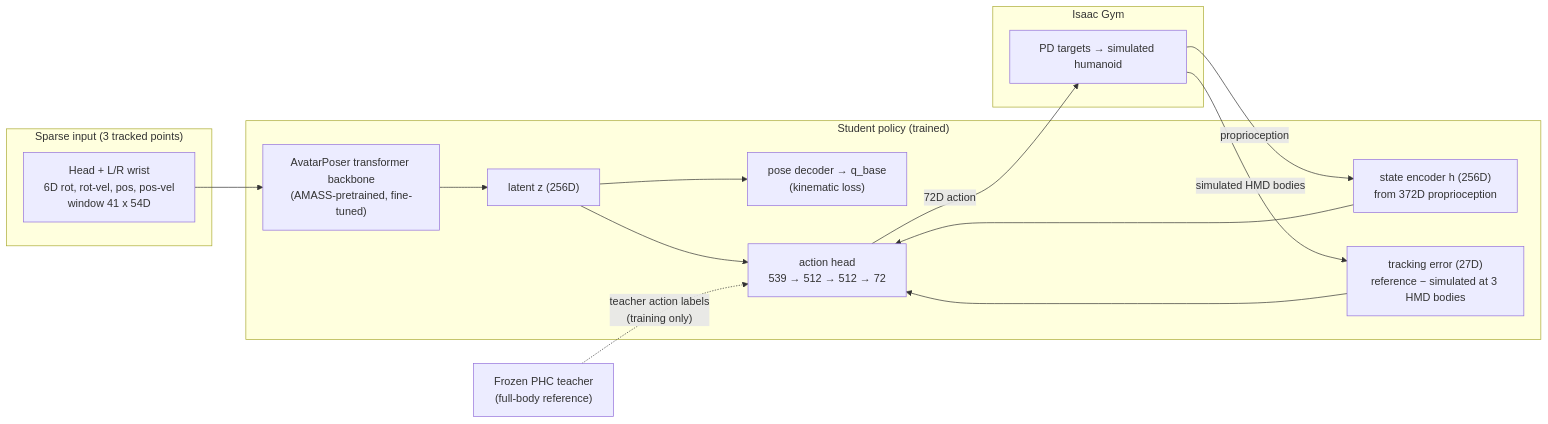
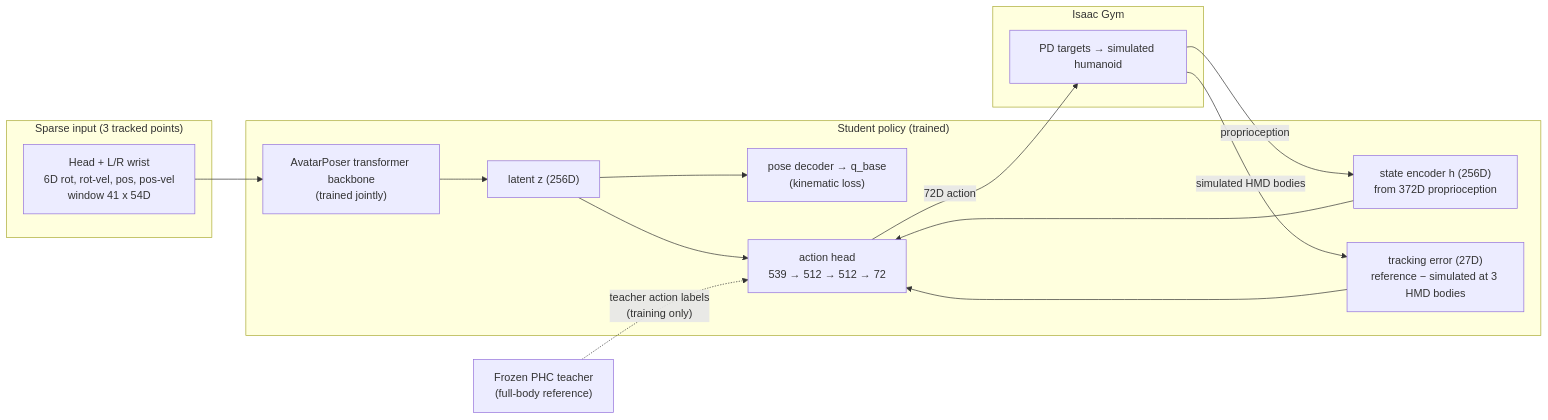
One commit to thelastlaughstandstrong/Physics-Aware-Motion-Reconstruction changed the diagram in README.md. Above: the diagram before and after it, drawn with Mermaid. The commit also changed other lines of this file and 14 other files, not shown here.

````diff
--- a/README.md
+++ b/README.md
@@ -37,30 +37,30 @@
 ```mermaid
 flowchart LR
     subgraph Input["Sparse input (3 tracked points)"]
         HMD["Head + L/R wrist<br/>6D rot, rot-vel, pos, pos-vel<br/>window 41 x 54D"]
     end
 
     subgraph Student["Student policy (trained)"]
-        BB["AvatarPoser transformer backbone<br/>(AMASS-pretrained, fine-tuned)"]
+        BB["AvatarPoser transformer backbone<br/>(trained jointly)"]
         Z["latent z (256D)"]
         DEC["pose decoder → q_base<br/>(kinematic loss)"]
         SE["state encoder h (256D)<br/>from 372D proprioception"]
         TE["tracking error (27D)<br/>reference − simulated at 3 HMD bodies"]
         AH["action head<br/>539 → 512 → 512 → 72"]
     end
 
     subgraph Sim["Isaac Gym"]
         PD["PD targets → simulated humanoid"]
     end
 
     T["Frozen PHC teacher<br/>(full-body reference)"]
 
     HMD --> BB --> Z --> DEC
     Z --> AH
     SE --> AH
     TE --> AH
     AH -->|"72D action"| PD
     PD -->|"proprioception"| SE
     PD -->|"simulated HMD bodies"| TE
     T -. "teacher action labels<br/>(training only)" .-> AH
 ```
````
